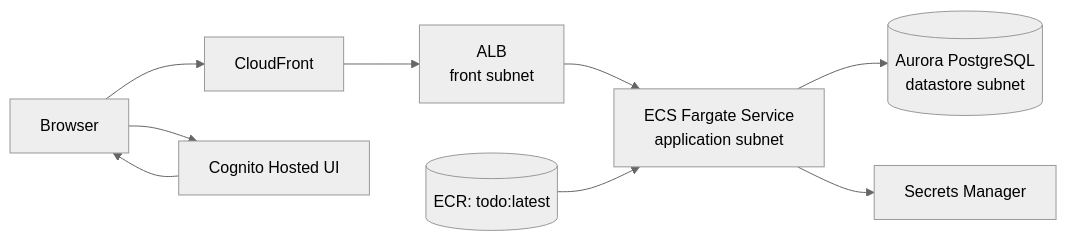
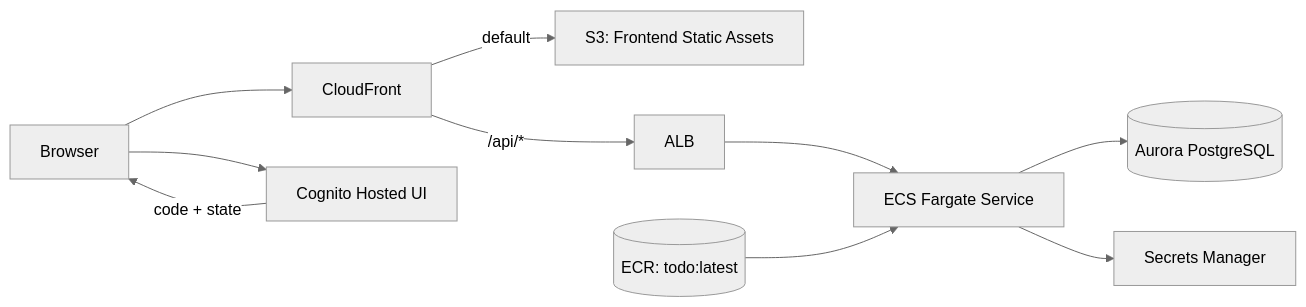
One commit to rafty/Todo-ECS-Sample changed the diagram in docs/infra/ecs-aurora-runtime-baseline.md. Above: the diagram before and after it, drawn with Mermaid (neutral theme). The commit also changed other lines of this file and 26 other files, not shown here.

````diff
--- a/docs/infra/ecs-aurora-runtime-baseline.md
+++ b/docs/infra/ecs-aurora-runtime-baseline.md
@@ -10,12 +10,13 @@
 ```mermaid
 flowchart LR
   User[Browser] --> CF[CloudFront]
-  CF --> ALB[ALB<br/>front subnet]
-  ALB --> ECS[ECS Fargate Service<br/>application subnet]
-  ECS --> RDS[(Aurora PostgreSQL<br/>datastore subnet)]
+  CF -->|default| S3[S3: Frontend Static Assets]
+  CF -->|/api/*| ALB[ALB]
+  ALB --> ECS[ECS Fargate Service]
+  ECS --> RDS[(Aurora PostgreSQL)]
   ECS --> SM[Secrets Manager]
   ECR[(ECR: todo:latest)] --> ECS
 
   User --> COGUI[Cognito Hosted UI]
-  COGUI --> User
+  COGUI -->|code + state| User
 ```
````
